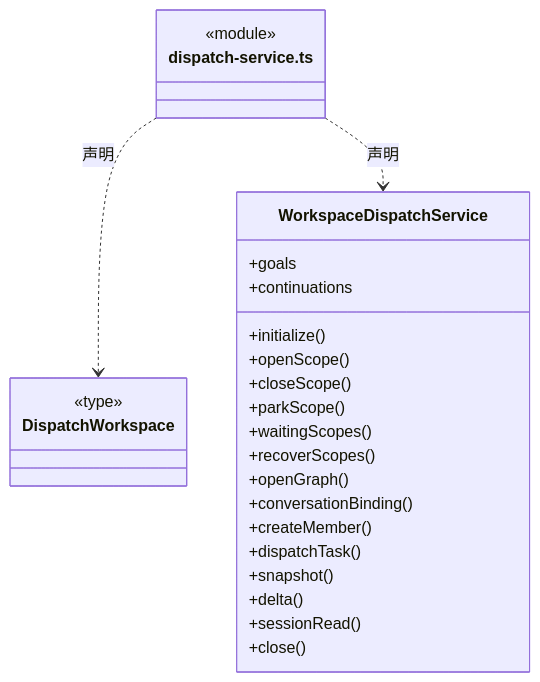
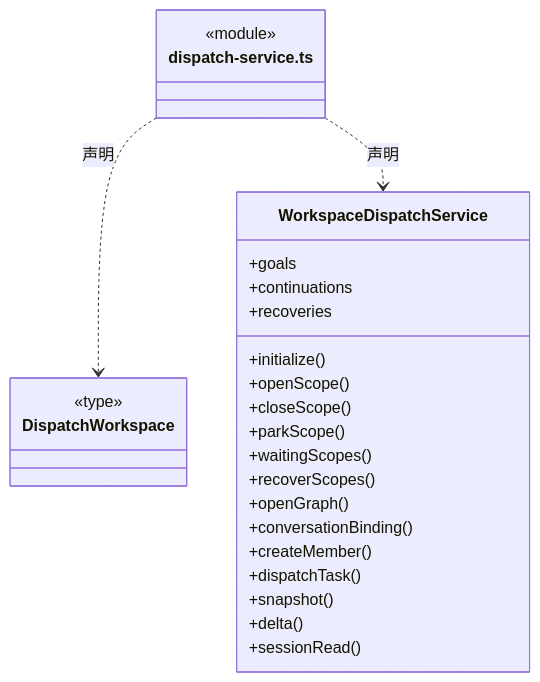
Before and after one commit to nan023062/cbim: the fifth of 36 diagrams in src/backend/scheduler-engine/execution/ARCHITECTURE.md, drawn with Mermaid. The commit also changed other lines of this file and 65 other files, not shown here.

````diff
--- a/src/backend/scheduler-engine/execution/ARCHITECTURE.md
+++ b/src/backend/scheduler-engine/execution/ARCHITECTURE.md
@@ -144,30 +160,30 @@
 ```mermaid
 classDiagram
 class N_src_backend_scheduler_engine_execution_dispatch_service_ts["dispatch-service.ts"] {
   <<module>>
 }
 class N_src_backend_scheduler_engine_execution_dispatch_service_ts_DispatchWorkspace["DispatchWorkspace"] {
   <<type>>
 
 }
 N_src_backend_scheduler_engine_execution_dispatch_service_ts ..> N_src_backend_scheduler_engine_execution_dispatch_service_ts_DispatchWorkspace : 声明
 class N_src_backend_scheduler_engine_execution_dispatch_service_ts_WorkspaceDispatchService["WorkspaceDispatchService"] {
   +goals
   +continuations
+  +recoveries
   +initialize()
   +openScope()
   +closeScope()
   +parkScope()
   +waitingScopes()
   +recoverScopes()
   +openGraph()
   +conversationBinding()
   +createMember()
   +dispatchTask()
   +snapshot()
   +delta()
   +sessionRead()
-  +close()
 }
 N_src_backend_scheduler_engine_execution_dispatch_service_ts ..> N_src_backend_scheduler_engine_execution_dispatch_service_ts_WorkspaceDispatchService : 声明
 ```
````
